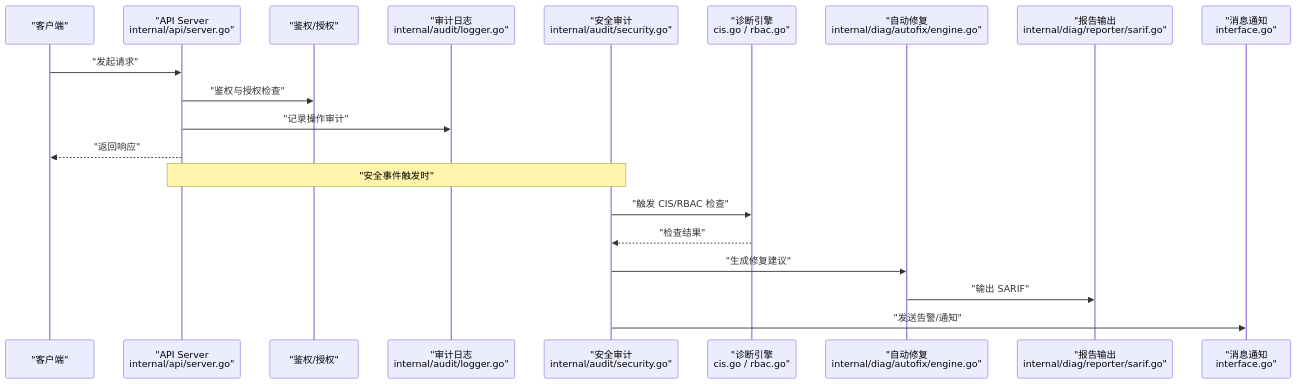
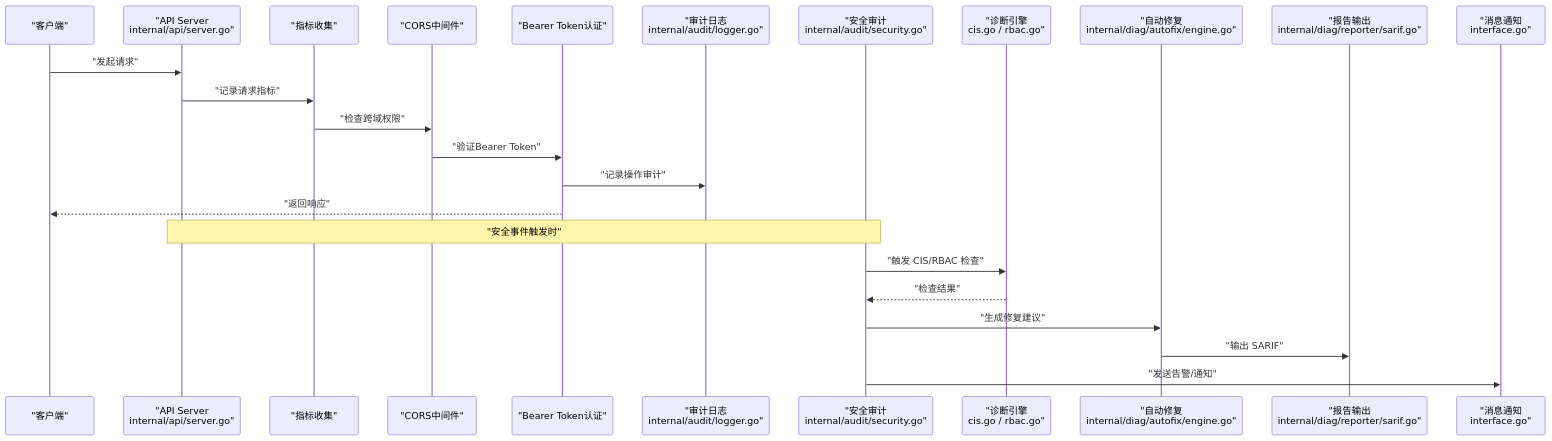
One commit to kudig-io/klaw changed the second of 9 diagrams in .qoder/repowiki/zh/content/系统架构/安全架构.md. Above: the diagram before and after it, drawn with Mermaid. The commit also changed other lines of this file and 237 other files, not shown here.

````diff
--- a/.qoder/repowiki/zh/content/系统架构/安全架构.md
+++ b/.qoder/repowiki/zh/content/系统架构/安全架构.md
@@ -138,22 +152,26 @@
 ```mermaid
 sequenceDiagram
 participant Client as "客户端"
 participant API as "API Server<br/>internal/api/server.go"
-participant Auth as "鉴权/授权"
+participant Metrics as "指标收集"
+participant CORS as "CORS中间件"
+participant Auth as "Bearer Token认证"
 participant Audit as "审计日志<br/>internal/audit/logger.go"
 participant Sec as "安全审计<br/>internal/audit/security.go"
 participant Diag as "诊断引擎<br/>cis.go / rbac.go"
 participant Fix as "自动修复<br/>internal/diag/autofix/engine.go"
 participant Report as "报告输出<br/>internal/diag/reporter/sarif.go"
 participant Notify as "消息通知<br/>interface.go"
 Client->>API : "发起请求"
-API->>Auth : "鉴权与授权检查"
-API->>Audit : "记录操作审计"
-API-->>Client : "返回响应"
+API->>Metrics : "记录请求指标"
+Metrics->>CORS : "检查跨域权限"
+CORS->>Auth : "验证Bearer Token"
+Auth->>Audit : "记录操作审计"
+Auth-->>Client : "返回响应"
 Note over API,Sec : "安全事件触发时"
 Sec->>Diag : "触发 CIS/RBAC 检查"
 Diag-->>Sec : "检查结果"
 Sec->>Fix : "生成修复建议"
 Fix->>Report : "输出 SARIF"
 Sec->>Notify : "发送告警/通知"
 ```
````
